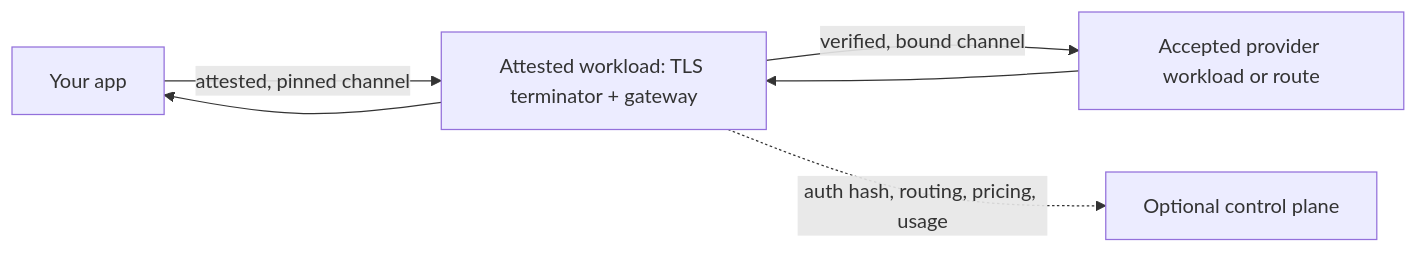
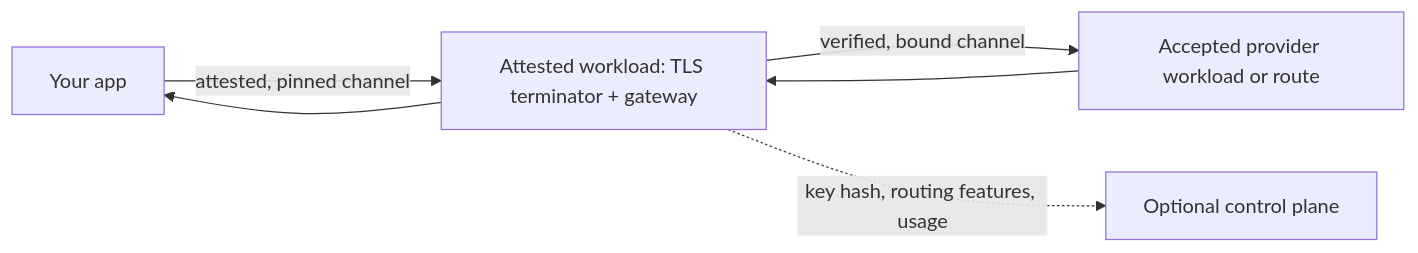
Before and after one commit to Dstack-TEE/private-ai-gateway: the diagram in README.md, drawn with Mermaid. The commit also changed other lines of this file and 6 other files, not shown here.

````diff
--- a/README.md
+++ b/README.md
@@ -114,7 +99,7 @@
 ```mermaid
 flowchart LR
     client[Your app] -->|attested, pinned channel| gateway[Attested workload: TLS terminator + gateway]
     gateway -->|verified, bound channel| provider[Accepted provider workload or route]
     provider --> gateway --> client
-    gateway -.->|auth hash, routing, pricing, usage| control[Optional control plane]
+    gateway -.->|key hash, routing features, usage| control[Optional control plane]
 ```
````
